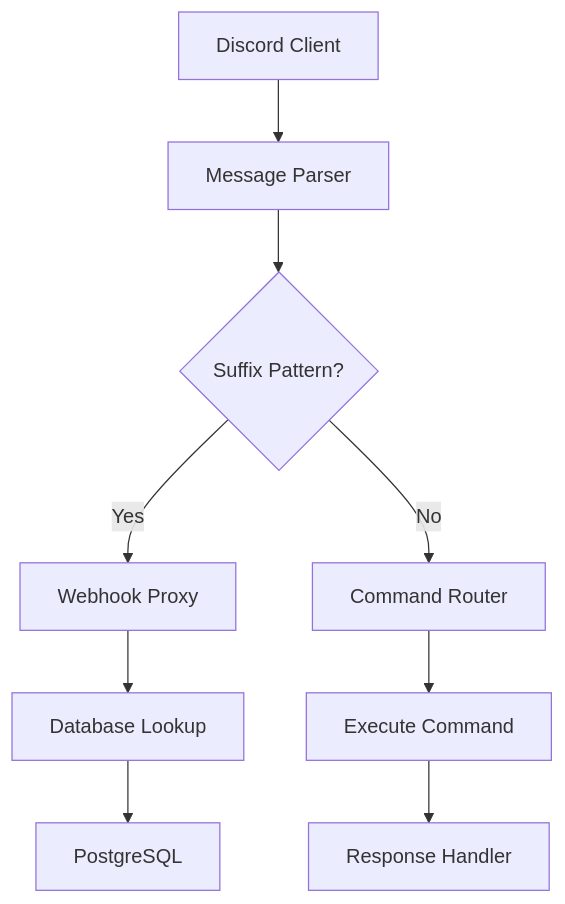
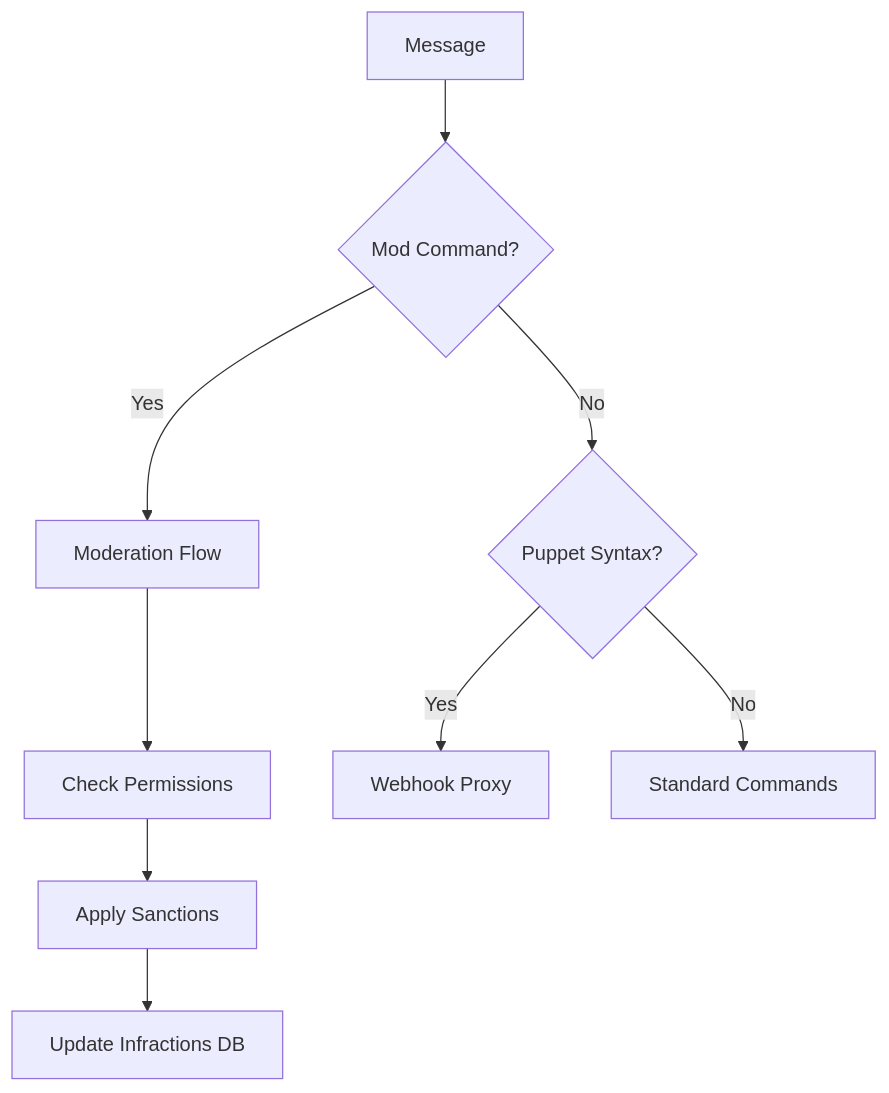
Before and after one commit to Betapoisoner/Beta-Bot: the second of 2 diagrams in readme.md, drawn with Mermaid. The commit also changed other lines of this file and 2 other files, not shown here.

````diff
--- a/readme.md
+++ b/readme.md
@@ -216,11 +293,11 @@
 ```mermaid
 graph TD
-    A[Discord Client] --> B[Message Parser]
-    B --> C{Suffix Pattern?}
-    C -->|Yes| D[Webhook Proxy]
-    C -->|No| E[Command Router]
-    D --> F[Database Lookup]
-    E --> G[Execute Command]
-    F --> H[PostgreSQL]
-    G --> I[Response Handler]
+    A[Message] --> B{Mod Command?}
+    B -->|Yes| C[Moderation Flow]
+    B -->|No| D{Puppet Syntax?}
+    C --> E[Check Permissions]
+    E --> F[Apply Sanctions]
+    F --> G[Update Infractions DB]
+    D -->|Yes| H[Webhook Proxy]
+    D -->|No| I[Standard Commands]
 ```
````
